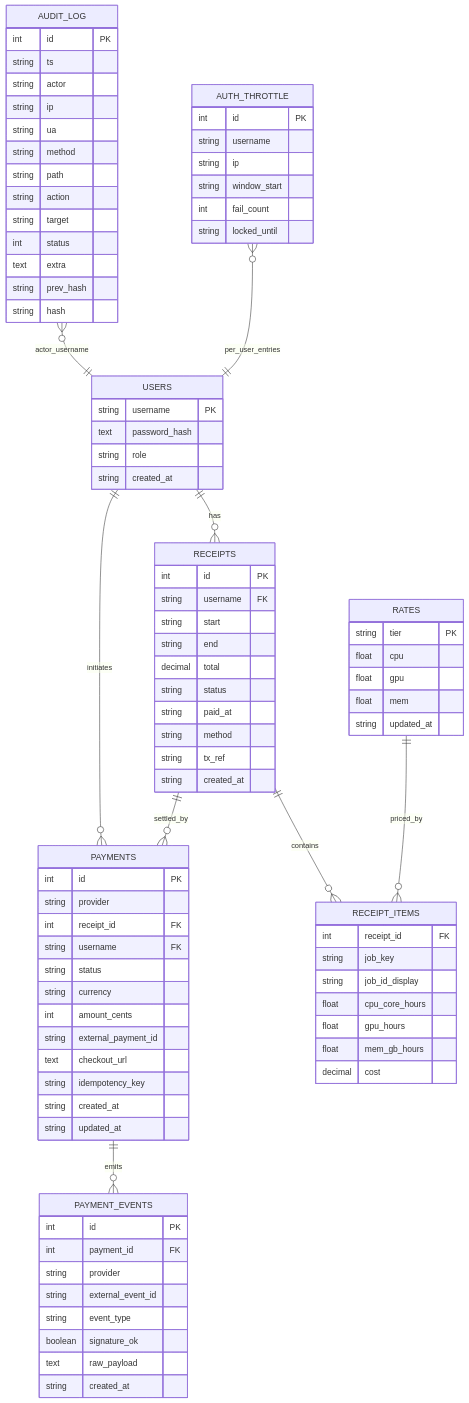
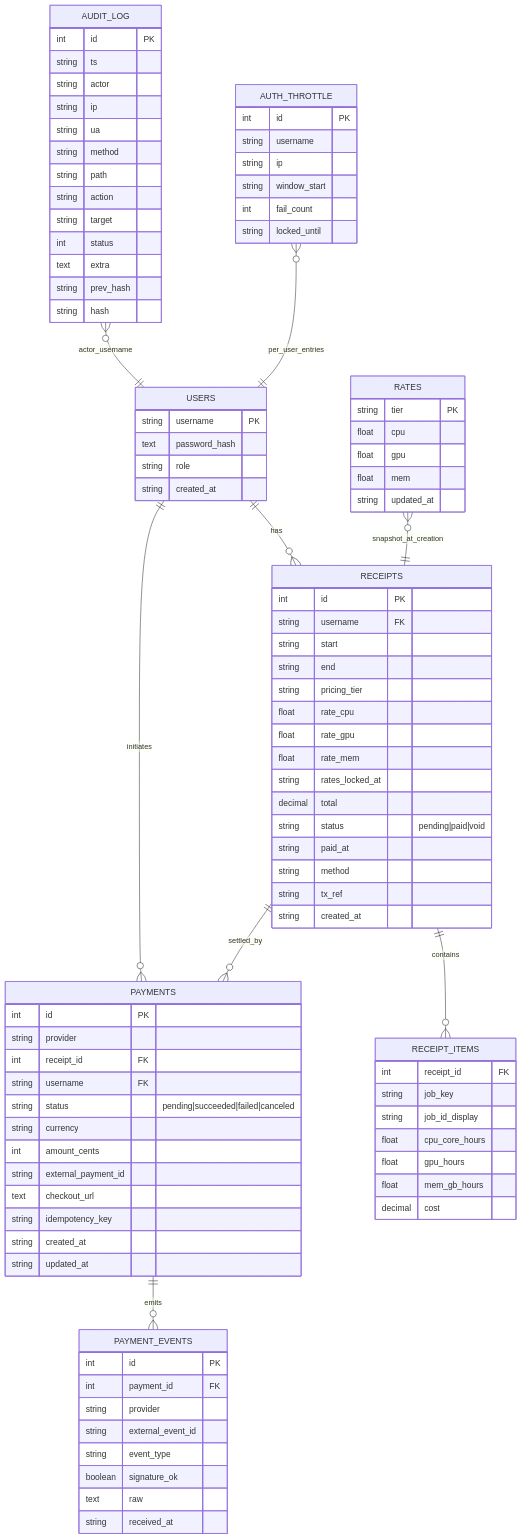
Before and after one commit to Purinat33/hpc_flask: the first of 4 diagrams in docs/03-data-model.md, drawn with Mermaid. The commit also changed other lines of this file, not shown here.

````diff
--- a/docs/03-data-model.md
+++ b/docs/03-data-model.md
@@ -12,7 +12,7 @@
   USERS ||--o{ PAYMENTS : initiates
   RECEIPTS ||--o{ RECEIPT_ITEMS : contains
   PAYMENTS ||--o{ PAYMENT_EVENTS : emits
-  RATES ||--o{ RECEIPT_ITEMS : priced_by
+  RATES }o--|| RECEIPTS : snapshot_at_creation
   AUDIT_LOG }o--|| USERS : actor_username
   AUTH_THROTTLE }o--|| USERS : per_user_entries
   RECEIPTS ||--o{ PAYMENTS : settled_by
@@ -37,8 +37,13 @@
     string username FK
     string start
     string end
+    string pricing_tier
+    float  rate_cpu
+    float  rate_gpu
+    float  rate_mem
+    string rates_locked_at
     decimal total
-    string status
+    string status        "pending|paid|void"
     string paid_at
     string method
     string tx_ref
@@ -60,7 +65,7 @@
     string provider
     int    receipt_id FK
     string username  FK
-    string status
+    string status          "pending|succeeded|failed|canceled"
     string currency
     int    amount_cents
     string external_payment_id
@@ -77,8 +82,8 @@
     string external_event_id
     string event_type
     boolean signature_ok
-    text   raw_payload
-    string created_at
+    text   raw
+    string received_at
   }
 
   AUTH_THROTTLE {
@@ -106,11 +111,10 @@
     string hash
   }
 
-  %% FK notes (comments only; not parsed):
+  %% FKs (comment only):
   %% RECEIPTS.username -> USERS.username
   %% RECEIPT_ITEMS.receipt_id -> RECEIPTS.id
   %% PAYMENTS.receipt_id -> RECEIPTS.id
   %% PAYMENTS.username -> USERS.username
   %% PAYMENT_EVENTS.payment_id -> PAYMENTS.id
-
 ```
````
